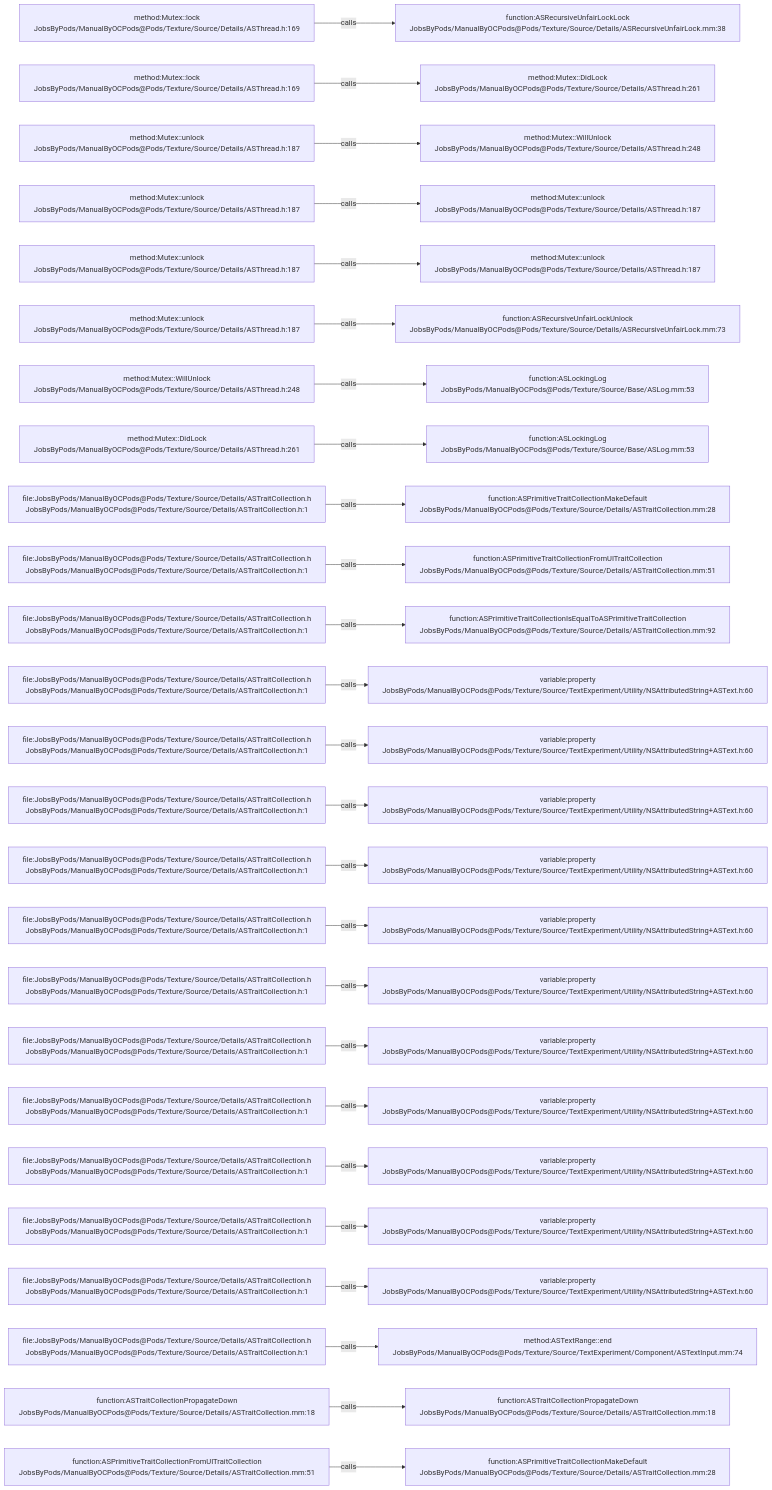
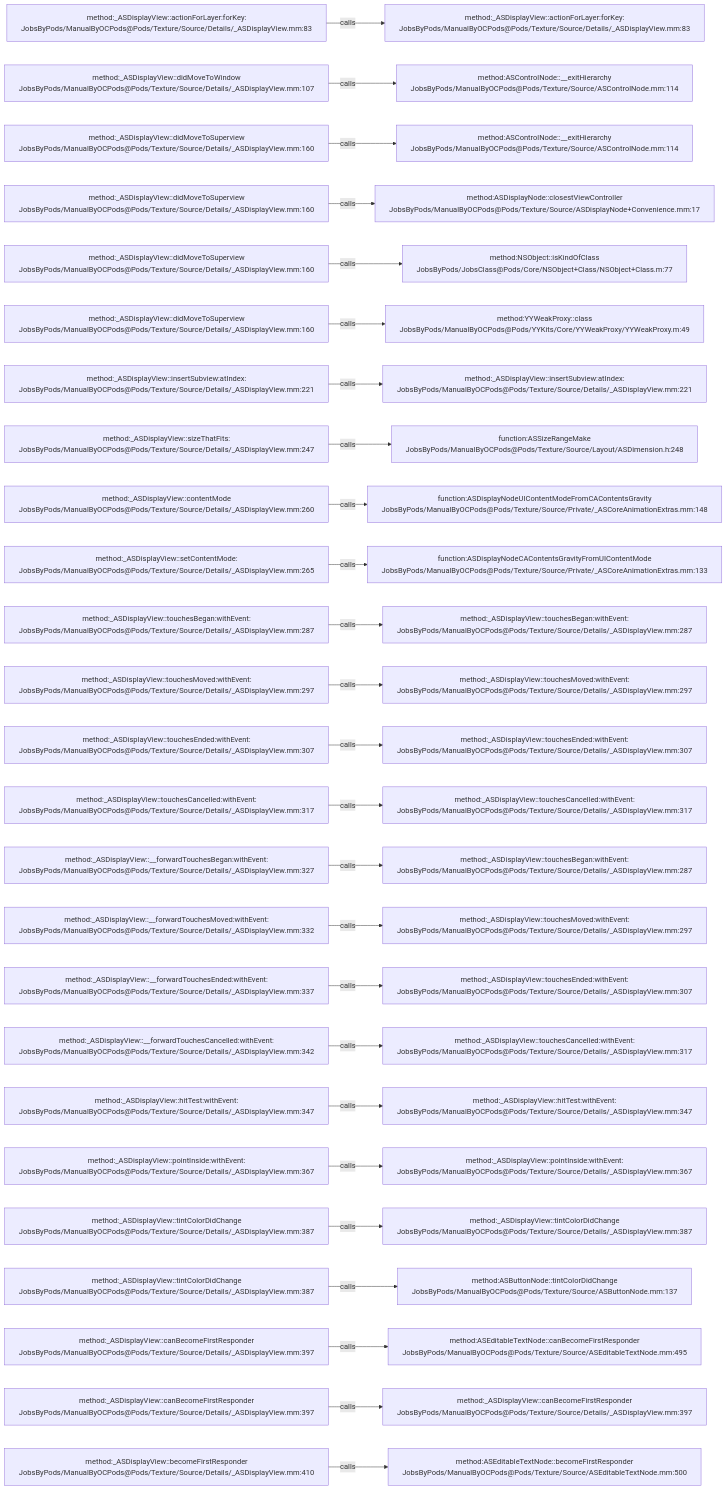
One commit to JobsKits/JobsOCBaseConfigDemo changed the diagram in .codegraph/codegraph.md/graphs/calls-164.md. Above: the diagram before and after it, drawn with Mermaid. The commit also changed 1448 other files, not shown here.

````diff
--- a/.codegraph/codegraph.md/graphs/calls-164.md
+++ b/.codegraph/codegraph.md/graphs/calls-164.md
@@ -13,78 +13,78 @@
 ```mermaid
 flowchart LR
-  S1["method:Mutex::lock<br/>JobsByPods/ManualByOCPods@Pods/Texture/Source/Details/ASThread.h:169"]
-  T1["function:ASRecursiveUnfairLockLock<br/>JobsByPods/ManualByOCPods@Pods/Texture/Source/Details/ASRecursiveUnfairLock.mm:38"]
+  S1["method:_ASDisplayView::actionForLayer:forKey:<br/>JobsByPods/ManualByOCPods@Pods/Texture/Source/Details/_ASDisplayView.mm:83"]
+  T1["method:_ASDisplayView::actionForLayer:forKey:<br/>JobsByPods/ManualByOCPods@Pods/Texture/Source/Details/_ASDisplayView.mm:83"]
   S1 -->|calls| T1
-  S2["method:Mutex::lock<br/>JobsByPods/ManualByOCPods@Pods/Texture/Source/Details/ASThread.h:169"]
-  T2["method:Mutex::DidLock<br/>JobsByPods/ManualByOCPods@Pods/Texture/Source/Details/ASThread.h:261"]
+  S2["method:_ASDisplayView::didMoveToWindow<br/>JobsByPods/ManualByOCPods@Pods/Texture/Source/Details/_ASDisplayView.mm:107"]
+  T2["method:ASControlNode::__exitHierarchy<br/>JobsByPods/ManualByOCPods@Pods/Texture/Source/ASControlNode.mm:114"]
   S2 -->|calls| T2
-  S3["method:Mutex::unlock<br/>JobsByPods/ManualByOCPods@Pods/Texture/Source/Details/ASThread.h:187"]
-  T3["method:Mutex::WillUnlock<br/>JobsByPods/ManualByOCPods@Pods/Texture/Source/Details/ASThread.h:248"]
+  S3["method:_ASDisplayView::didMoveToSuperview<br/>JobsByPods/ManualByOCPods@Pods/Texture/Source/Details/_ASDisplayView.mm:160"]
+  T3["method:ASControlNode::__exitHierarchy<br/>JobsByPods/ManualByOCPods@Pods/Texture/Source/ASControlNode.mm:114"]
   S3 -->|calls| T3
-  S4["method:Mutex::unlock<br/>JobsByPods/ManualByOCPods@Pods/Texture/Source/Details/ASThread.h:187"]
-  T4["method:Mutex::unlock<br/>JobsByPods/ManualByOCPods@Pods/Texture/Source/Details/ASThread.h:187"]
+  S4["method:_ASDisplayView::didMoveToSuperview<br/>JobsByPods/ManualByOCPods@Pods/Texture/Source/Details/_ASDisplayView.mm:160"]
+  T4["method:ASDisplayNode::closestViewController<br/>JobsByPods/ManualByOCPods@Pods/Texture/Source/ASDisplayNode+Convenience.mm:17"]
   S4 -->|calls| T4
-  S5["method:Mutex::unlock<br/>JobsByPods/ManualByOCPods@Pods/Texture/Source/Details/ASThread.h:187"]
-  T5["method:Mutex::unlock<br/>JobsByPods/ManualByOCPods@Pods/Texture/Source/Details/ASThread.h:187"]
+  S5["method:_ASDisplayView::didMoveToSuperview<br/>JobsByPods/ManualByOCPods@Pods/Texture/Source/Details/_ASDisplayView.mm:160"]
+  T5["method:NSObject::isKindOfClass<br/>JobsByPods/JobsClass@Pods/Core/NSObject+Class/NSObject+Class.m:77"]
   S5 -->|calls| T5
-  S6["method:Mutex::unlock<br/>JobsByPods/ManualByOCPods@Pods/Texture/Source/Details/ASThread.h:187"]
-  T6["function:ASRecursiveUnfairLockUnlock<br/>JobsByPods/ManualByOCPods@Pods/Texture/Source/Details/ASRecursiveUnfairLock.mm:73"]
+  S6["method:_ASDisplayView::didMoveToSuperview<br/>JobsByPods/ManualByOCPods@Pods/Texture/Source/Details/_ASDisplayView.mm:160"]
+  T6["method:YYWeakProxy::class<br/>JobsByPods/ManualByOCPods@Pods/YYKits/Core/YYWeakProxy/YYWeakProxy.m:49"]
   S6 -->|calls| T6
-  S7["method:Mutex::WillUnlock<br/>JobsByPods/ManualByOCPods@Pods/Texture/Source/Details/ASThread.h:248"]
-  T7["function:ASLockingLog<br/>JobsByPods/ManualByOCPods@Pods/Texture/Source/Base/ASLog.mm:53"]
+  S7["method:_ASDisplayView::insertSubview:atIndex:<br/>JobsByPods/ManualByOCPods@Pods/Texture/Source/Details/_ASDisplayView.mm:221"]
+  T7["method:_ASDisplayView::insertSubview:atIndex:<br/>JobsByPods/ManualByOCPods@Pods/Texture/Source/Details/_ASDisplayView.mm:221"]
   S7 -->|calls| T7
-  S8["method:Mutex::DidLock<br/>JobsByPods/ManualByOCPods@Pods/Texture/Source/Details/ASThread.h:261"]
-  T8["function:ASLockingLog<br/>JobsByPods/ManualByOCPods@Pods/Texture/Source/Base/ASLog.mm:53"]
+  S8["method:_ASDisplayView::sizeThatFits:<br/>JobsByPods/ManualByOCPods@Pods/Texture/Source/Details/_ASDisplayView.mm:247"]
+  T8["function:ASSizeRangeMake<br/>JobsByPods/ManualByOCPods@Pods/Texture/Source/Layout/ASDimension.h:248"]
   S8 -->|calls| T8
-  S9["file:JobsByPods/ManualByOCPods@Pods/Texture/Source/Details/ASTraitCollection.h<br/>JobsByPods/ManualByOCPods@Pods/Texture/Source/Details/ASTraitCollection.h:1"]
-  T9["function:ASPrimitiveTraitCollectionMakeDefault<br/>JobsByPods/ManualByOCPods@Pods/Texture/Source/Details/ASTraitCollection.mm:28"]
+  S9["method:_ASDisplayView::contentMode<br/>JobsByPods/ManualByOCPods@Pods/Texture/Source/Details/_ASDisplayView.mm:260"]
+  T9["function:ASDisplayNodeUIContentModeFromCAContentsGravity<br/>JobsByPods/ManualByOCPods@Pods/Texture/Source/Private/_ASCoreAnimationExtras.mm:148"]
   S9 -->|calls| T9
-  S10["file:JobsByPods/ManualByOCPods@Pods/Texture/Source/Details/ASTraitCollection.h<br/>JobsByPods/ManualByOCPods@Pods/Texture/Source/Details/ASTraitCollection.h:1"]
-  T10["function:ASPrimitiveTraitCollectionFromUITraitCollection<br/>JobsByPods/ManualByOCPods@Pods/Texture/Source/Details/ASTraitCollection.mm:51"]
+  S10["method:_ASDisplayView::setContentMode:<br/>JobsByPods/ManualByOCPods@Pods/Texture/Source/Details/_ASDisplayView.mm:265"]
+  T10["function:ASDisplayNodeCAContentsGravityFromUIContentMode<br/>JobsByPods/ManualByOCPods@Pods/Texture/Source/Private/_ASCoreAnimationExtras.mm:133"]
   S10 -->|calls| T10
-  S11["file:JobsByPods/ManualByOCPods@Pods/Texture/Source/Details/ASTraitCollection.h<br/>JobsByPods/ManualByOCPods@Pods/Texture/Source/Details/ASTraitCollection.h:1"]
-  T11["function:ASPrimitiveTraitCollectionIsEqualToASPrimitiveTraitCollection<br/>JobsByPods/ManualByOCPods@Pods/Texture/Source/Details/ASTraitCollection.mm:92"]
+  S11["method:_ASDisplayView::touchesBegan:withEvent:<br/>JobsByPods/ManualByOCPods@Pods/Texture/Source/Details/_ASDisplayView.mm:287"]
+  T11["method:_ASDisplayView::touchesBegan:withEvent:<br/>JobsByPods/ManualByOCPods@Pods/Texture/Source/Details/_ASDisplayView.mm:287"]
   S11 -->|calls| T11
-  S12["file:JobsByPods/ManualByOCPods@Pods/Texture/Source/Details/ASTraitCollection.h<br/>JobsByPods/ManualByOCPods@Pods/Texture/Source/Details/ASTraitCollection.h:1"]
-  T12["variable:property<br/>JobsByPods/ManualByOCPods@Pods/Texture/Source/TextExperiment/Utility/NSAttributedString+ASText.h:60"]
+  S12["method:_ASDisplayView::touchesMoved:withEvent:<br/>JobsByPods/ManualByOCPods@Pods/Texture/Source/Details/_ASDisplayView.mm:297"]
+  T12["method:_ASDisplayView::touchesMoved:withEvent:<br/>JobsByPods/ManualByOCPods@Pods/Texture/Source/Details/_ASDisplayView.mm:297"]
   S12 -->|calls| T12
-  S13["file:JobsByPods/ManualByOCPods@Pods/Texture/Source/Details/ASTraitCollection.h<br/>JobsByPods/ManualByOCPods@Pods/Texture/Source/Details/ASTraitCollection.h:1"]
-  T13["variable:property<br/>JobsByPods/ManualByOCPods@Pods/Texture/Source/TextExperiment/Utility/NSAttributedString+ASText.h:60"]
+  S13["method:_ASDisplayView::touchesEnded:withEvent:<br/>JobsByPods/ManualByOCPods@Pods/Texture/Source/Details/_ASDisplayView.mm:307"]
+  T13["method:_ASDisplayView::touchesEnded:withEvent:<br/>JobsByPods/ManualByOCPods@Pods/Texture/Source/Details/_ASDisplayView.mm:307"]
   S13 -->|calls| T13
-  S14["file:JobsByPods/ManualByOCPods@Pods/Texture/Source/Details/ASTraitCollection.h<br/>JobsByPods/ManualByOCPods@Pods/Texture/Source/Details/ASTraitCollection.h:1"]
-  T14["variable:property<br/>JobsByPods/ManualByOCPods@Pods/Texture/Source/TextExperiment/Utility/NSAttributedString+ASText.h:60"]
+  S14["method:_ASDisplayView::touchesCancelled:withEvent:<br/>JobsByPods/ManualByOCPods@Pods/Texture/Source/Details/_ASDisplayView.mm:317"]
+  T14["method:_ASDisplayView::touchesCancelled:withEvent:<br/>JobsByPods/ManualByOCPods@Pods/Texture/Source/Details/_ASDisplayView.mm:317"]
   S14 -->|calls| T14
-  S15["file:JobsByPods/ManualByOCPods@Pods/Texture/Source/Details/ASTraitCollection.h<br/>JobsByPods/ManualByOCPods@Pods/Texture/Source/Details/ASTraitCollection.h:1"]
-  T15["variable:property<br/>JobsByPods/ManualByOCPods@Pods/Texture/Source/TextExperiment/Utility/NSAttributedString+ASText.h:60"]
+  S15["method:_ASDisplayView::__forwardTouchesBegan:withEvent:<br/>JobsByPods/ManualByOCPods@Pods/Texture/Source/Details/_ASDisplayView.mm:327"]
+  T15["method:_ASDisplayView::touchesBegan:withEvent:<br/>JobsByPods/ManualByOCPods@Pods/Texture/Source/Details/_ASDisplayView.mm:287"]
   S15 -->|calls| T15
-  S16["file:JobsByPods/ManualByOCPods@Pods/Texture/Source/Details/ASTraitCollection.h<br/>JobsByPods/ManualByOCPods@Pods/Texture/Source/Details/ASTraitCollection.h:1"]
-  T16["variable:property<br/>JobsByPods/ManualByOCPods@Pods/Texture/Source/TextExperiment/Utility/NSAttributedString+ASText.h:60"]
+  S16["method:_ASDisplayView::__forwardTouchesMoved:withEvent:<br/>JobsByPods/ManualByOCPods@Pods/Texture/Source/Details/_ASDisplayView.mm:332"]
+  T16["method:_ASDisplayView::touchesMoved:withEvent:<br/>JobsByPods/ManualByOCPods@Pods/Texture/Source/Details/_ASDisplayView.mm:297"]
   S16 -->|calls| T16
-  S17["file:JobsByPods/ManualByOCPods@Pods/Texture/Source/Details/ASTraitCollection.h<br/>JobsByPods/ManualByOCPods@Pods/Texture/Source/Details/ASTraitCollection.h:1"]
-  T17["variable:property<br/>JobsByPods/ManualByOCPods@Pods/Texture/Source/TextExperiment/Utility/NSAttributedString+ASText.h:60"]
+  S17["method:_ASDisplayView::__forwardTouchesEnded:withEvent:<br/>JobsByPods/ManualByOCPods@Pods/Texture/Source/Details/_ASDisplayView.mm:337"]
+  T17["method:_ASDisplayView::touchesEnded:withEvent:<br/>JobsByPods/ManualByOCPods@Pods/Texture/Source/Details/_ASDisplayView.mm:307"]
   S17 -->|calls| T17
-  S18["file:JobsByPods/ManualByOCPods@Pods/Texture/Source/Details/ASTraitCollection.h<br/>JobsByPods/ManualByOCPods@Pods/Texture/Source/Details/ASTraitCollection.h:1"]
-  T18["variable:property<br/>JobsByPods/ManualByOCPods@Pods/Texture/Source/TextExperiment/Utility/NSAttributedString+ASText.h:60"]
+  S18["method:_ASDisplayView::__forwardTouchesCancelled:withEvent:<br/>JobsByPods/ManualByOCPods@Pods/Texture/Source/Details/_ASDisplayView.mm:342"]
+  T18["method:_ASDisplayView::touchesCancelled:withEvent:<br/>JobsByPods/ManualByOCPods@Pods/Texture/Source/Details/_ASDisplayView.mm:317"]
   S18 -->|calls| T18
-  S19["file:JobsByPods/ManualByOCPods@Pods/Texture/Source/Details/ASTraitCollection.h<br/>JobsByPods/ManualByOCPods@Pods/Texture/Source/Details/ASTraitCollection.h:1"]
-  T19["variable:property<br/>JobsByPods/ManualByOCPods@Pods/Texture/Source/TextExperiment/Utility/NSAttributedString+ASText.h:60"]
+  S19["method:_ASDisplayView::hitTest:withEvent:<br/>JobsByPods/ManualByOCPods@Pods/Texture/Source/Details/_ASDisplayView.mm:347"]
+  T19["method:_ASDisplayView::hitTest:withEvent:<br/>JobsByPods/ManualByOCPods@Pods/Texture/Source/Details/_ASDisplayView.mm:347"]
   S19 -->|calls| T19
-  S20["file:JobsByPods/ManualByOCPods@Pods/Texture/Source/Details/ASTraitCollection.h<br/>JobsByPods/ManualByOCPods@Pods/Texture/Source/Details/ASTraitCollection.h:1"]
-  T20["variable:property<br/>JobsByPods/ManualByOCPods@Pods/Texture/Source/TextExperiment/Utility/NSAttributedString+ASText.h:60"]
+  S20["method:_ASDisplayView::pointInside:withEvent:<br/>JobsByPods/ManualByOCPods@Pods/Texture/Source/Details/_ASDisplayView.mm:367"]
+  T20["method:_ASDisplayView::pointInside:withEvent:<br/>JobsByPods/ManualByOCPods@Pods/Texture/Source/Details/_ASDisplayView.mm:367"]
   S20 -->|calls| T20
-  S21["file:JobsByPods/ManualByOCPods@Pods/Texture/Source/Details/ASTraitCollection.h<br/>JobsByPods/ManualByOCPods@Pods/Texture/Source/Details/ASTraitCollection.h:1"]
-  T21["variable:property<br/>JobsByPods/ManualByOCPods@Pods/Texture/Source/TextExperiment/Utility/NSAttributedString+ASText.h:60"]
+  S21["method:_ASDisplayView::tintColorDidChange<br/>JobsByPods/ManualByOCPods@Pods/Texture/Source/Details/_ASDisplayView.mm:387"]
+  T21["method:_ASDisplayView::tintColorDidChange<br/>JobsByPods/ManualByOCPods@Pods/Texture/Source/Details/_ASDisplayView.mm:387"]
   S21 -->|calls| T21
-  S22["file:JobsByPods/ManualByOCPods@Pods/Texture/Source/Details/ASTraitCollection.h<br/>JobsByPods/ManualByOCPods@Pods/Texture/Source/Details/ASTraitCollection.h:1"]
-  T22["variable:property<br/>JobsByPods/ManualByOCPods@Pods/Texture/Source/TextExperiment/Utility/NSAttributedString+ASText.h:60"]
+  S22["method:_ASDisplayView::tintColorDidChange<br/>JobsByPods/ManualByOCPods@Pods/Texture/Source/Details/_ASDisplayView.mm:387"]
+  T22["method:ASButtonNode::tintColorDidChange<br/>JobsByPods/ManualByOCPods@Pods/Texture/Source/ASButtonNode.mm:137"]
   S22 -->|calls| T22
-  S23["file:JobsByPods/ManualByOCPods@Pods/Texture/Source/Details/ASTraitCollection.h<br/>JobsByPods/ManualByOCPods@Pods/Texture/Source/Details/ASTraitCollection.h:1"]
-  T23["method:ASTextRange::end<br/>JobsByPods/ManualByOCPods@Pods/Texture/Source/TextExperiment/Component/ASTextInput.mm:74"]
+  S23["method:_ASDisplayView::canBecomeFirstResponder<br/>JobsByPods/ManualByOCPods@Pods/Texture/Source/Details/_ASDisplayView.mm:397"]
+  T23["method:ASEditableTextNode::canBecomeFirstResponder<br/>JobsByPods/ManualByOCPods@Pods/Texture/Source/ASEditableTextNode.mm:495"]
   S23 -->|calls| T23
-  S24["function:ASTraitCollectionPropagateDown<br/>JobsByPods/ManualByOCPods@Pods/Texture/Source/Details/ASTraitCollection.mm:18"]
-  T24["function:ASTraitCollectionPropagateDown<br/>JobsByPods/ManualByOCPods@Pods/Texture/Source/Details/ASTraitCollection.mm:18"]
+  S24["method:_ASDisplayView::canBecomeFirstResponder<br/>JobsByPods/ManualByOCPods@Pods/Texture/Source/Details/_ASDisplayView.mm:397"]
+  T24["method:_ASDisplayView::canBecomeFirstResponder<br/>JobsByPods/ManualByOCPods@Pods/Texture/Source/Details/_ASDisplayView.mm:397"]
   S24 -->|calls| T24
-  S25["function:ASPrimitiveTraitCollectionFromUITraitCollection<br/>JobsByPods/ManualByOCPods@Pods/Texture/Source/Details/ASTraitCollection.mm:51"]
-  T25["function:ASPrimitiveTraitCollectionMakeDefault<br/>JobsByPods/ManualByOCPods@Pods/Texture/Source/Details/ASTraitCollection.mm:28"]
+  S25["method:_ASDisplayView::becomeFirstResponder<br/>JobsByPods/ManualByOCPods@Pods/Texture/Source/Details/_ASDisplayView.mm:410"]
+  T25["method:ASEditableTextNode::becomeFirstResponder<br/>JobsByPods/ManualByOCPods@Pods/Texture/Source/ASEditableTextNode.mm:500"]
   S25 -->|calls| T25
 ```
````
